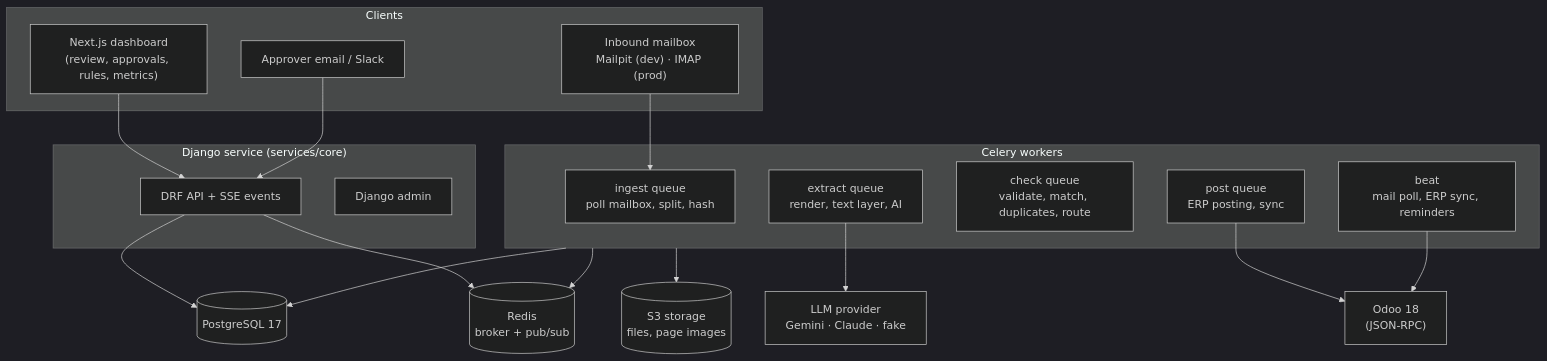
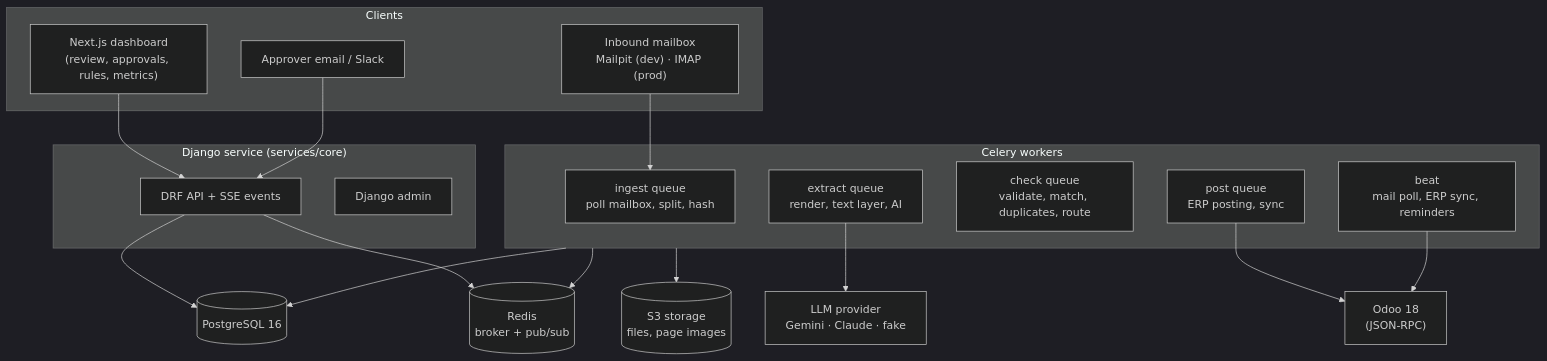
One commit to khurram-Shahid09/Invoice-flow changed the first of 2 diagrams in docs/03-architecture.md. Above: the diagram before and after it, drawn with Mermaid (dark theme). The commit also changed 4 other files, not shown here.

````diff
--- a/docs/03-architecture.md
+++ b/docs/03-architecture.md
@@ -5,36 +5,36 @@
 ```mermaid
 flowchart TB
   subgraph Clients
     WEB["Next.js dashboard<br/>(review, approvals, rules, metrics)"]
     MAILBOX["Inbound mailbox<br/>Mailpit (dev) · IMAP (prod)"]
     APPROVER["Approver email / Slack"]
   end
   subgraph Core["Django service (services/core)"]
     API["DRF API + SSE events"]
     ADMIN["Django admin"]
   end
   subgraph Workers["Celery workers"]
     ING["ingest queue<br/>poll mailbox, split, hash"]
     EXT["extract queue<br/>render, text layer, AI"]
     CHK["check queue<br/>validate, match, duplicates, route"]
     POST["post queue<br/>ERP posting, sync"]
     BEAT["beat<br/>mail poll, ERP sync, reminders"]
   end
-  PG[("PostgreSQL 17")]
+  PG[("PostgreSQL 16")]
   REDIS[("Redis<br/>broker + pub/sub")]
   S3[("S3 storage<br/>files, page images")]
   LLM["LLM provider<br/>Gemini · Claude · fake"]
   ODOO["Odoo 18<br/>(JSON-RPC)"]
 
   WEB --> API
   APPROVER --> API
   MAILBOX --> ING
   API --> PG
   API --> REDIS
   Workers --> PG
   Workers --> REDIS
   Workers --> S3
   EXT --> LLM
   POST --> ODOO
   BEAT --> ODOO
 ```
````
